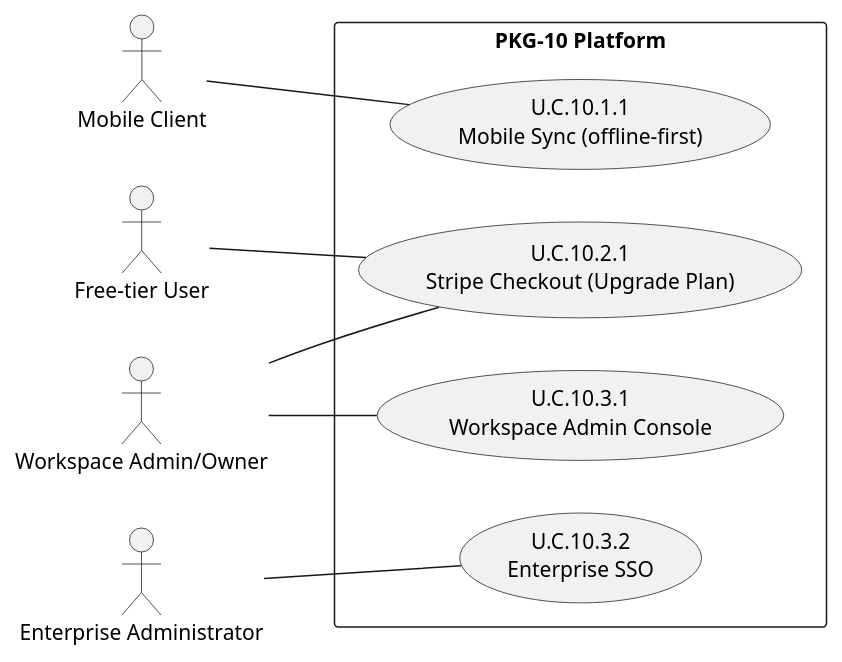
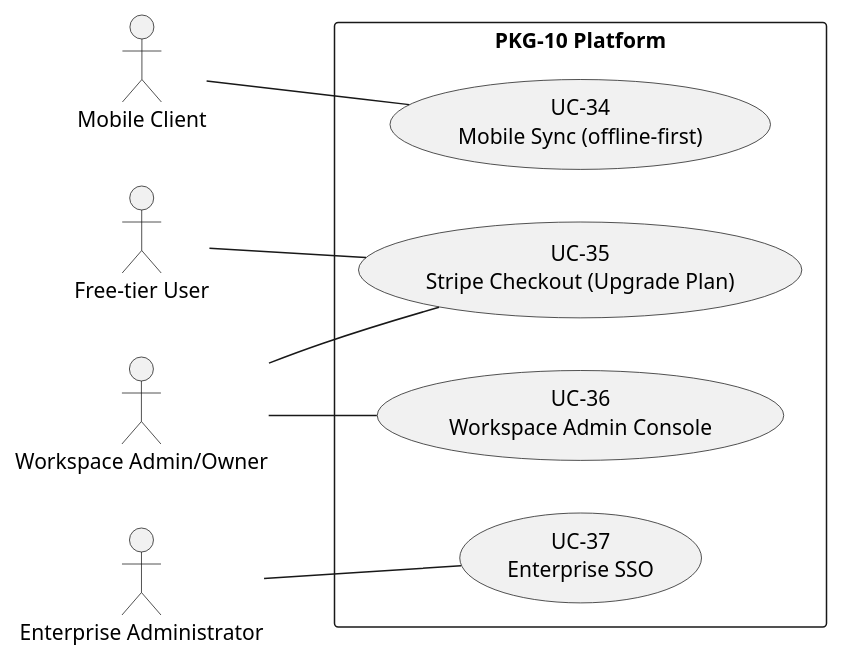
The fifth of 11 diagrams in 02_CASES/Case_01_TinyTask_SaaS/03_PHASE3_DECOMPOSITION_RICH/annexes/A_Use_Case_Diagrams.md (pauloribeiro16/Methodology_compact), drawn with PlantUML before and after one commit. The commit also changed other lines of this file and 34 other files, not shown here.

Commit message:
[EXECUTOR] F2 RENUMBER Case_01: U.C.x.y.z flattened → UC-01..40 (compliance 01..17 + product 18..40), two-phase, 20 files, xlsx+builder regenerated, 11 SVGs re-rendered; gates PASS (verify_rich 0, audit 100%, mermaid 192/192, smoke 16/16)

````diff
--- a/02_CASES/Case_01_TinyTask_SaaS/03_PHASE3_DECOMPOSITION_RICH/annexes/A_Use_Case_Diagrams.md
+++ b/02_CASES/Case_01_TinyTask_SaaS/03_PHASE3_DECOMPOSITION_RICH/annexes/A_Use_Case_Diagrams.md
@@ -199,20 +201,20 @@
 ```plantuml
 @startuml
 left to right direction
 actor "Mobile Client" as MOB
 actor "Free-tier User" as FU
 actor "Workspace Admin/Owner" as ADM
 actor "Enterprise Administrator" as ENT
 rectangle "PKG-10 Platform" {
-usecase "U.C.10.1.1\nMobile Sync (offline-first)" as UC1011
-usecase "U.C.10.2.1\nStripe Checkout (Upgrade Plan)" as UC1021
-usecase "U.C.10.3.1\nWorkspace Admin Console" as UC1031
-usecase "U.C.10.3.2\nEnterprise SSO" as UC1032
+usecase "UC-34\nMobile Sync (offline-first)" as UC1011
+usecase "UC-35\nStripe Checkout (Upgrade Plan)" as UC1021
+usecase "UC-36\nWorkspace Admin Console" as UC1031
+usecase "UC-37\nEnterprise SSO" as UC1032
 }
 MOB -- UC1011
 FU -- UC1021
 ADM -- UC1021
 ADM -- UC1031
 ENT -- UC1032
 @enduml
 ```
````
